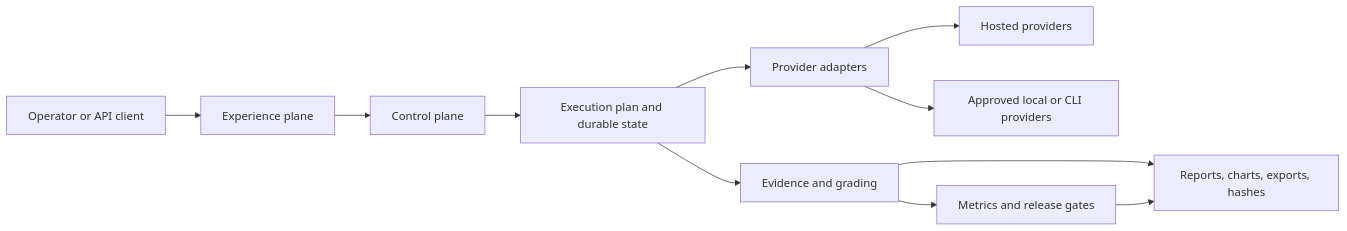
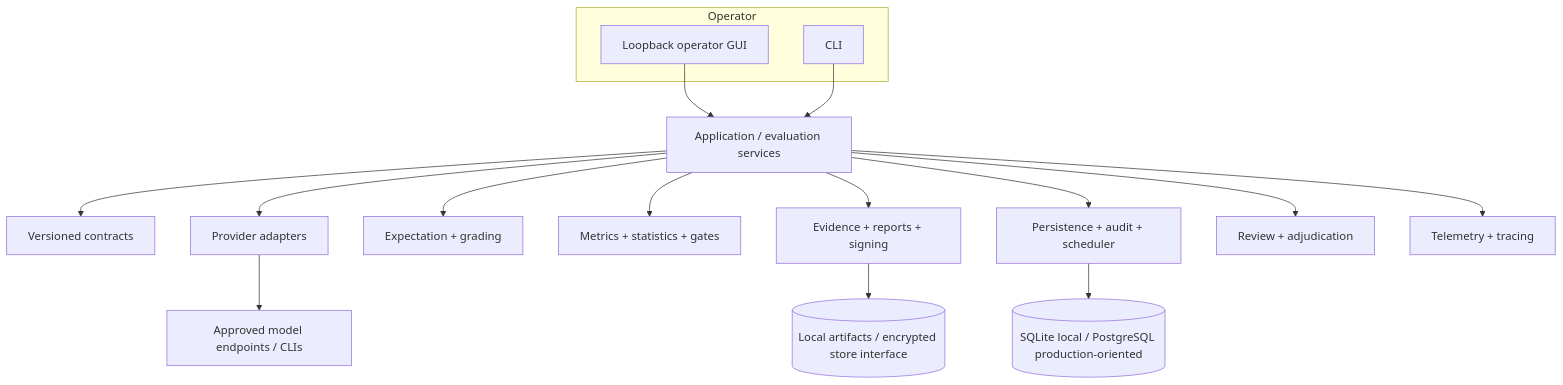
The second of 2 diagrams in README.md (Runndownn/Wilson-Eval3ngine-), drawn with Mermaid before and after one commit. The commit also changed other lines of this file and 17 other files, not shown here.

````diff
--- a/README.md
+++ b/README.md
@@ -115,13 +108,20 @@
 ```mermaid
-flowchart LR
-    U[Operator or API client] --> X[Experience plane]
-    X --> C[Control plane]
-    C --> Q[Execution plan and durable state]
-    Q --> P[Provider adapters]
-    P --> H[Hosted providers]
-    P --> L[Approved local or CLI providers]
-    Q --> E[Evidence and grading]
-    E --> M[Metrics and release gates]
-    E --> A[Reports, charts, exports, hashes]
-    M --> A
+flowchart TB
+    subgraph Operator
+      GUI[Loopback operator GUI]
+      CLI[CLI]
+    end
+    GUI --> APP[Application / evaluation services]
+    CLI --> APP
+    APP --> CONTRACTS[Versioned contracts]
+    APP --> PROVIDERS[Provider adapters]
+    APP --> GRADE[Expectation + grading]
+    APP --> METRICS[Metrics + statistics + gates]
+    APP --> EVIDENCE[Evidence + reports + signing]
+    APP --> STATE[Persistence + audit + scheduler]
+    PROVIDERS --> MODELS[Approved model endpoints / CLIs]
+    STATE --> DB[(SQLite local / PostgreSQL production-oriented)]
+    EVIDENCE --> STORE[(Local artifacts / encrypted store interface)]
+    APP --> REVIEW[Review + adjudication]
+    APP --> TELEMETRY[Telemetry + tracing]
 ```
````
